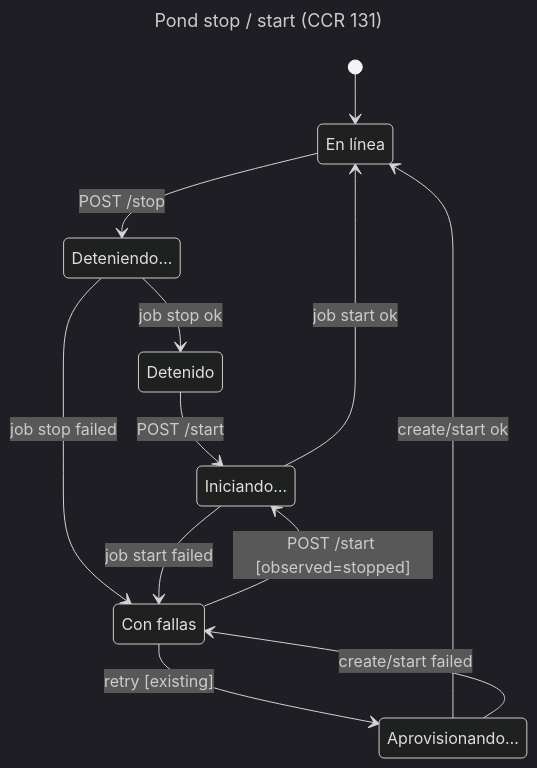
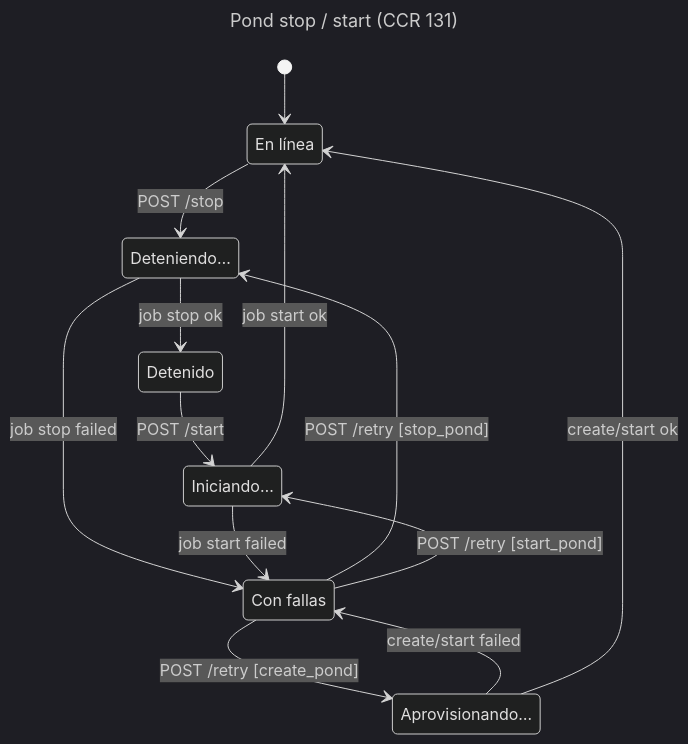
The diagram in docs/architecture/statecharts/pond-stop-start/pond-stop-start.mmd (carloshugoeg/koicloud), drawn with Mermaid (dark theme) before and after one commit. The commit also changed 11 other files, not shown here.

First line of the commit message:
docs(ponds): fix CCR 131 chart retry by failed job type

```diff
--- a/docs/architecture/statecharts/pond-stop-start/pond-stop-start.mmd
+++ b/docs/architecture/statecharts/pond-stop-start/pond-stop-start.mmd
@@ -1,26 +1,27 @@
 ---
 title: "Pond stop / start (CCR 131)"
 ---
 stateDiagram-v2
   [*] --> running
 
   state "En línea" as running
   state "Deteniendo…" as stopping
   state "Detenido" as stopped
   state "Iniciando…" as starting
   state "Con fallas" as error
   state "Aprovisionando…" as provisioning
 
   running --> stopping: POST /stop
   stopping --> stopped: job stop ok
   stopped --> starting: POST /start
   starting --> running: job start ok
 
   stopping --> error: job stop failed
   starting --> error: job start failed
+  provisioning --> error: create/start failed
 
-  error --> starting: POST /start [observed=stopped]
-  error --> provisioning: retry [existing]
+  error --> stopping: POST /retry [stop_pond]
+  error --> starting: POST /retry [start_pond]
+  error --> provisioning: POST /retry [create_pond]
 
   provisioning --> running: create/start ok
-  provisioning --> error: create/start failed
```
